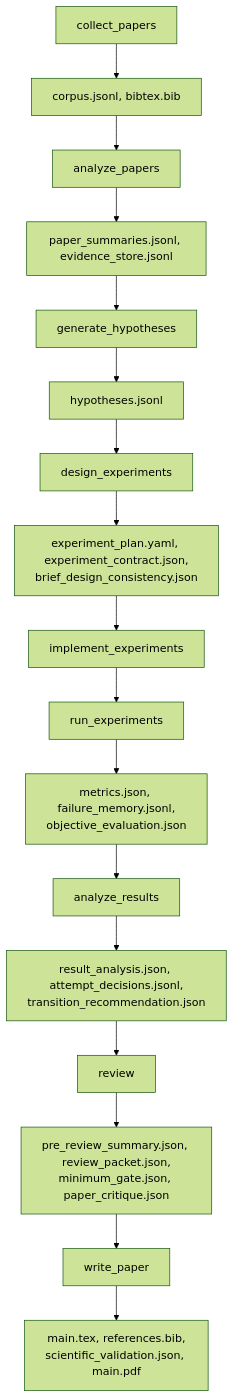
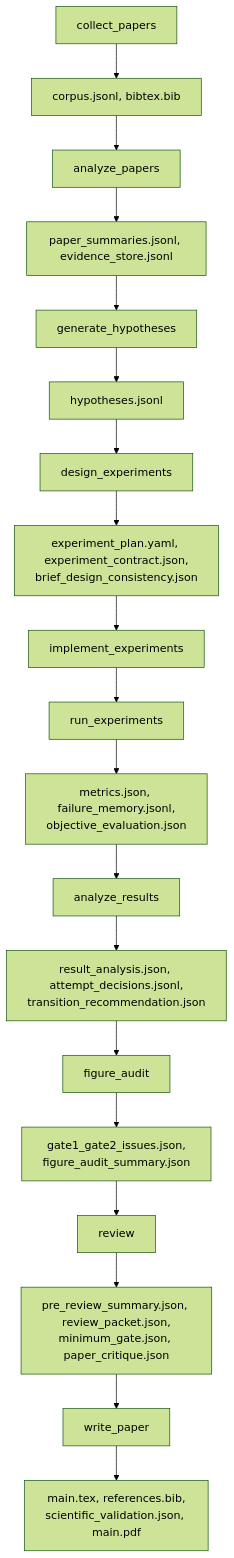
One commit to lhy0718/AutoResearch changed the third of 3 diagrams in README.md. Above: the diagram before and after it, drawn with Mermaid (forest theme). The commit also changed other lines of this file and 9 other files, not shown here.

````diff
--- a/README.md
+++ b/README.md
@@ -343,19 +493,21 @@
 ```mermaid
 flowchart TB
     A["collect_papers"] --> A1["corpus.jsonl, bibtex.bib"]
     A1 --> B["analyze_papers"]
     B --> B1["paper_summaries.jsonl, evidence_store.jsonl"]
     B1 --> C["generate_hypotheses"]
     C --> C1["hypotheses.jsonl"]
     C1 --> D["design_experiments"]
     D --> D1["experiment_plan.yaml, experiment_contract.json,<br/>brief_design_consistency.json"]
     D1 --> E["implement_experiments"]
     E --> F["run_experiments"]
     F --> F1["metrics.json, failure_memory.jsonl,<br/>objective_evaluation.json"]
     F1 --> G["analyze_results"]
     G --> G1["result_analysis.json, attempt_decisions.jsonl,<br/>transition_recommendation.json"]
-    G1 --> H["review"]
-    H --> H1["pre_review_summary.json, review_packet.json,<br/>minimum_gate.json, paper_critique.json"]
-    H1 --> I["write_paper"]
-    I --> I1["main.tex, references.bib,<br/>scientific_validation.json, main.pdf"]
+    G1 --> H["figure_audit"]
+    H --> H1["gate1_gate2_issues.json,<br/>figure_audit_summary.json"]
+    H1 --> I["review"]
+    I --> I1["pre_review_summary.json, review_packet.json,<br/>minimum_gate.json, paper_critique.json"]
+    I1 --> J["write_paper"]
+    J --> J1["main.tex, references.bib,<br/>scientific_validation.json, main.pdf"]
 ```
````
